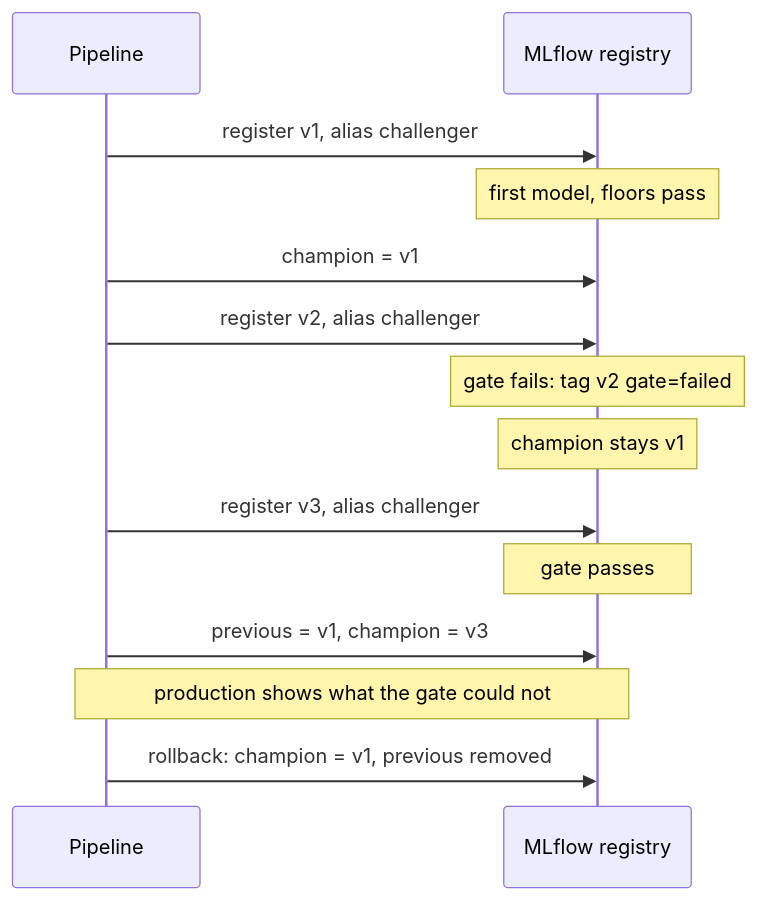
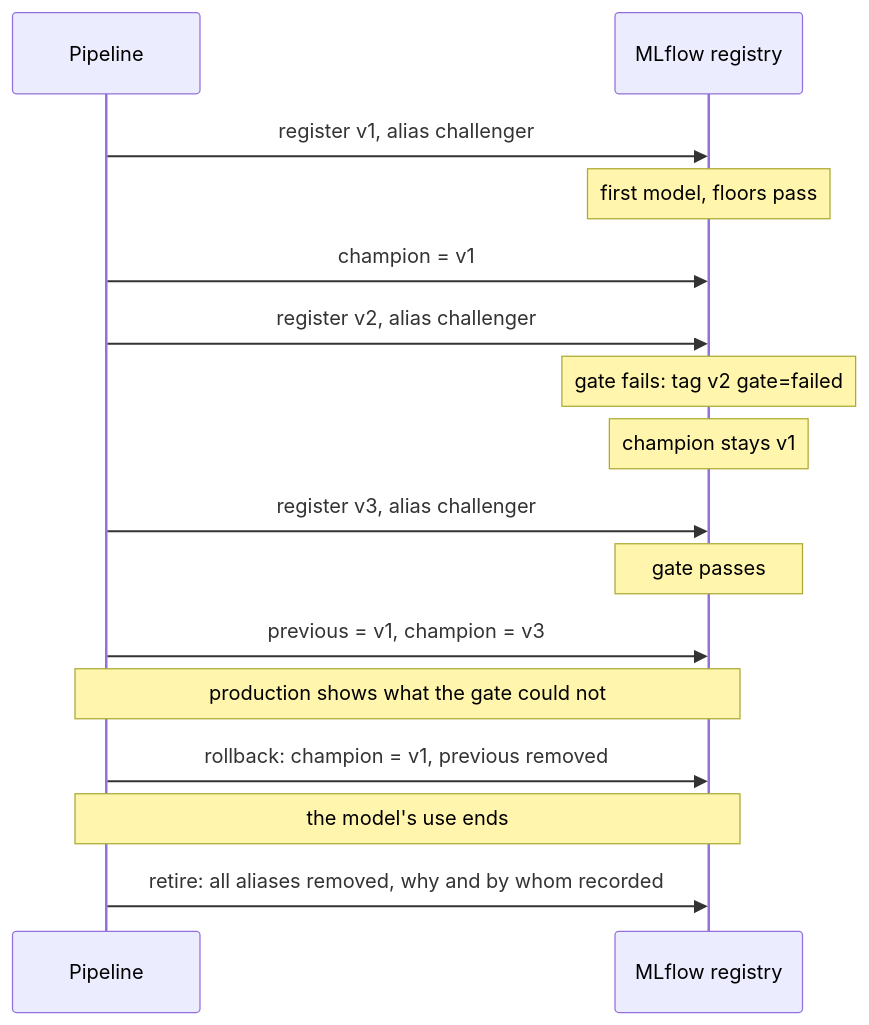
The fifth of 6 diagrams in docs/architecture.md (sunilmehta-si/kubernetes-secure-mlops-pipeline), drawn with Mermaid before and after one commit. The commit also changed other lines of this file, not shown here.

Commit message:
Bring the architecture guide up to date: signatures and ML-BOM are built, retirement, and everything CI runs

````diff
--- a/docs/architecture.md
+++ b/docs/architecture.md
@@ -137,16 +137,18 @@
 ```mermaid
 sequenceDiagram
     participant P as Pipeline
     participant R as MLflow registry
     P->>R: register v1, alias challenger
     Note over R: first model, floors pass
     P->>R: champion = v1
     P->>R: register v2, alias challenger
     Note over R: gate fails: tag v2 gate=failed
     Note over R: champion stays v1
     P->>R: register v3, alias challenger
     Note over R: gate passes
     P->>R: previous = v1, champion = v3
     Note over P,R: production shows what the gate could not
     P->>R: rollback: champion = v1, previous removed
+    Note over P,R: the model's use ends
+    P->>R: retire: all aliases removed, why and by whom recorded
 ```
````
